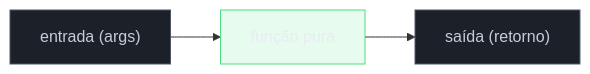
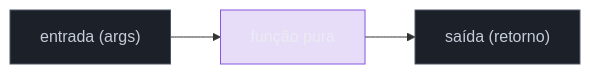
One commit to josenaldo/codex-technomanticus changed the first of 4 diagrams in 03-Dominios/Ciência/Paradigmas/07 - Funções puras e efeitos colaterais.md. Above: the diagram before and after it, drawn with Mermaid. The commit also changed other lines of this file and 601 other files, not shown here.

````diff
--- a/03-Dominios/Ciência/Paradigmas/07 - Funções puras e efeitos colaterais.md
+++ b/03-Dominios/Ciência/Paradigmas/07 - Funções puras e efeitos colaterais.md
@@ -53,11 +53,11 @@
 ```mermaid
 flowchart LR
-    classDef ok fill:#4ADE8021,stroke:#4ADE80,color:#E9ECF2
+    classDef marca fill:#8855DF33,stroke:#8855DF,color:#E9ECF2
     classDef neutro fill:#1B2029,stroke:#4E5666,color:#C6CCD8
     A["entrada (args)"] --> F["função pura"]
     F --> B["saída (retorno)"]
 
-    class F ok
+    class F marca
     class A neutro
     class B neutro
 ```
````
